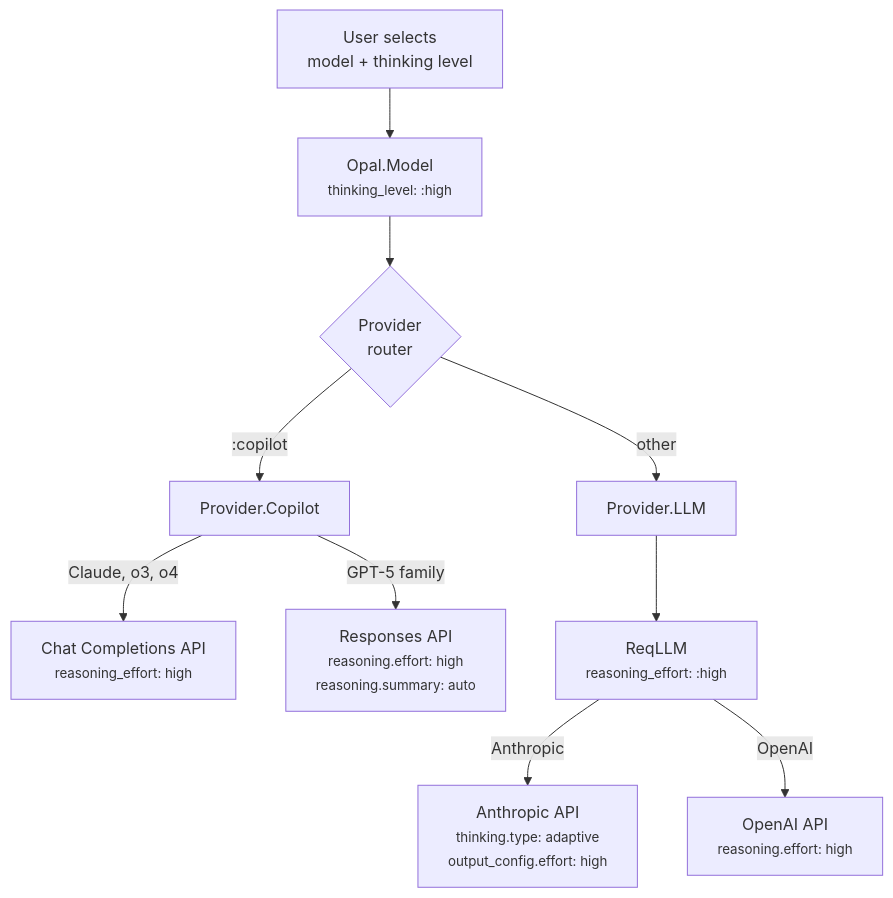
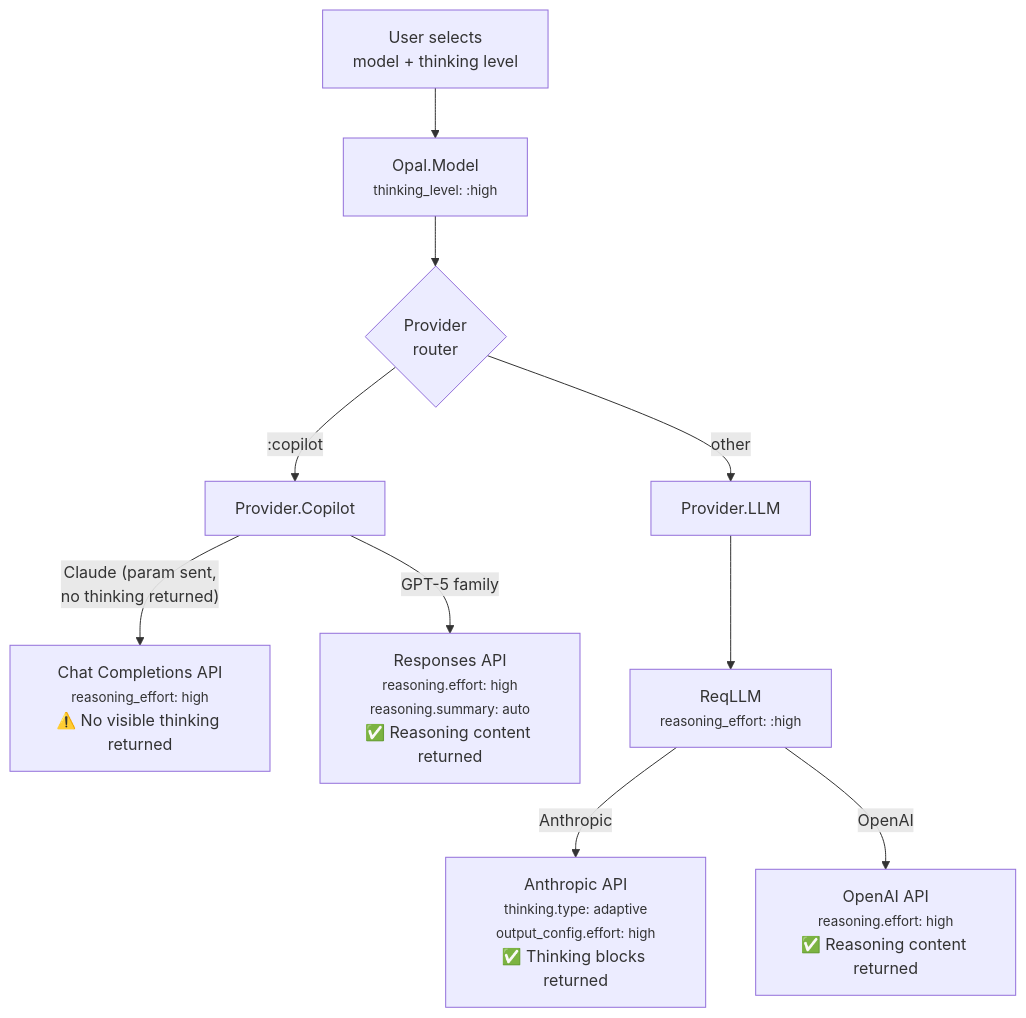
Before and after one commit to matteing/opal: the first of 2 diagrams in docs/reasoning.md, drawn with Mermaid. The commit also changed other lines of this file and 37 other files, not shown here.

````diff
--- a/docs/reasoning.md
+++ b/docs/reasoning.md
@@ -19,23 +19,23 @@
 ```mermaid
 graph TD
     User["User selects<br/>model + thinking level"]
     Model["Opal.Model<br/><small>thinking_level: :high</small>"]
     Router{"Provider<br/>router"}
     Copilot["Provider.Copilot"]
     LLM["Provider.LLM"]
-    ChatAPI["Chat Completions API<br/><small>reasoning_effort: high</small>"]
-    RespAPI["Responses API<br/><small>reasoning.effort: high<br/>reasoning.summary: auto</small>"]
+    ChatAPI["Chat Completions API<br/><small>reasoning_effort: high</small><br/>⚠️ No visible thinking returned"]
+    RespAPI["Responses API<br/><small>reasoning.effort: high<br/>reasoning.summary: auto</small><br/>✅ Reasoning content returned"]
     ReqLLM["ReqLLM<br/><small>reasoning_effort: :high</small>"]
-    Anthropic["Anthropic API<br/><small>thinking.type: adaptive<br/>output_config.effort: high</small>"]
-    OpenAI["OpenAI API<br/><small>reasoning.effort: high</small>"]
+    Anthropic["Anthropic API<br/><small>thinking.type: adaptive<br/>output_config.effort: high</small><br/>✅ Thinking blocks returned"]
+    OpenAI["OpenAI API<br/><small>reasoning.effort: high</small><br/>✅ Reasoning content returned"]
 
     User --> Model
     Model --> Router
     Router -->|":copilot"| Copilot
     Router -->|"other"| LLM
-    Copilot -->|"Claude, o3, o4"| ChatAPI
+    Copilot -->|"Claude (param sent,<br/>no thinking returned)"| ChatAPI
     Copilot -->|"GPT-5 family"| RespAPI
     LLM --> ReqLLM
     ReqLLM -->|Anthropic| Anthropic
     ReqLLM -->|OpenAI| OpenAI
 ```
````
